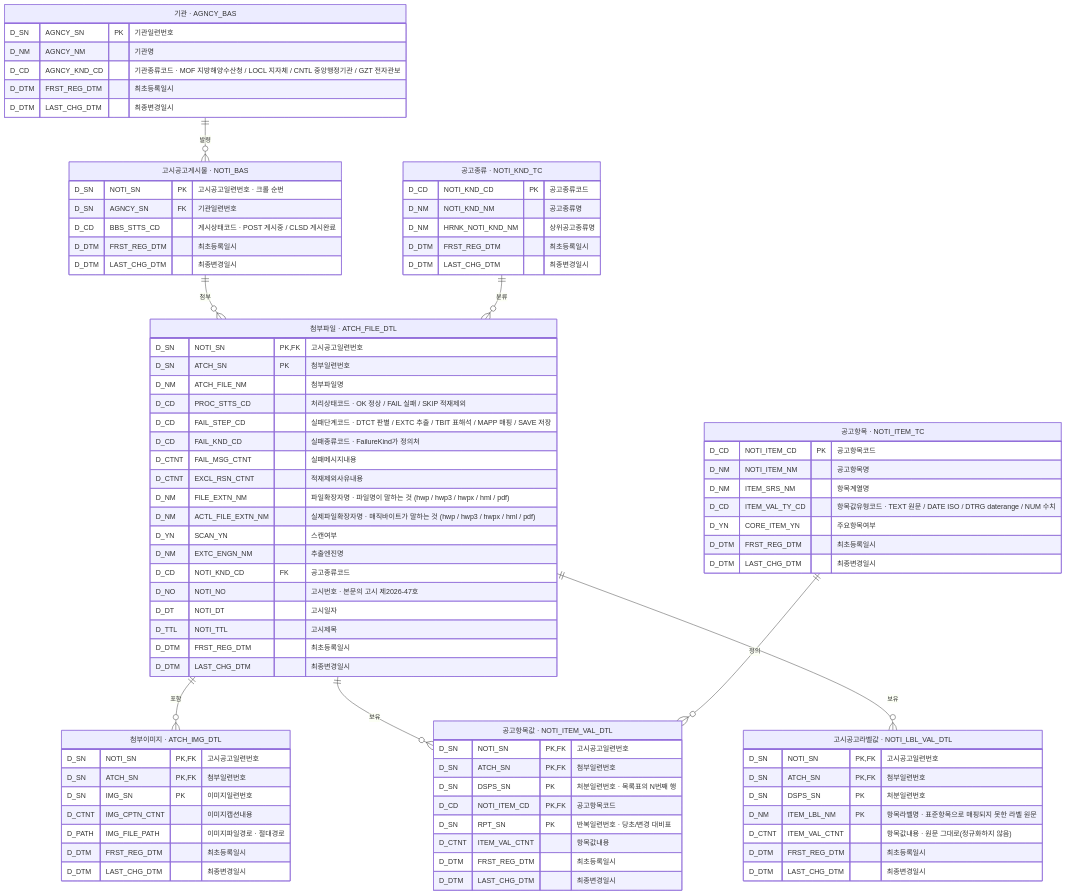
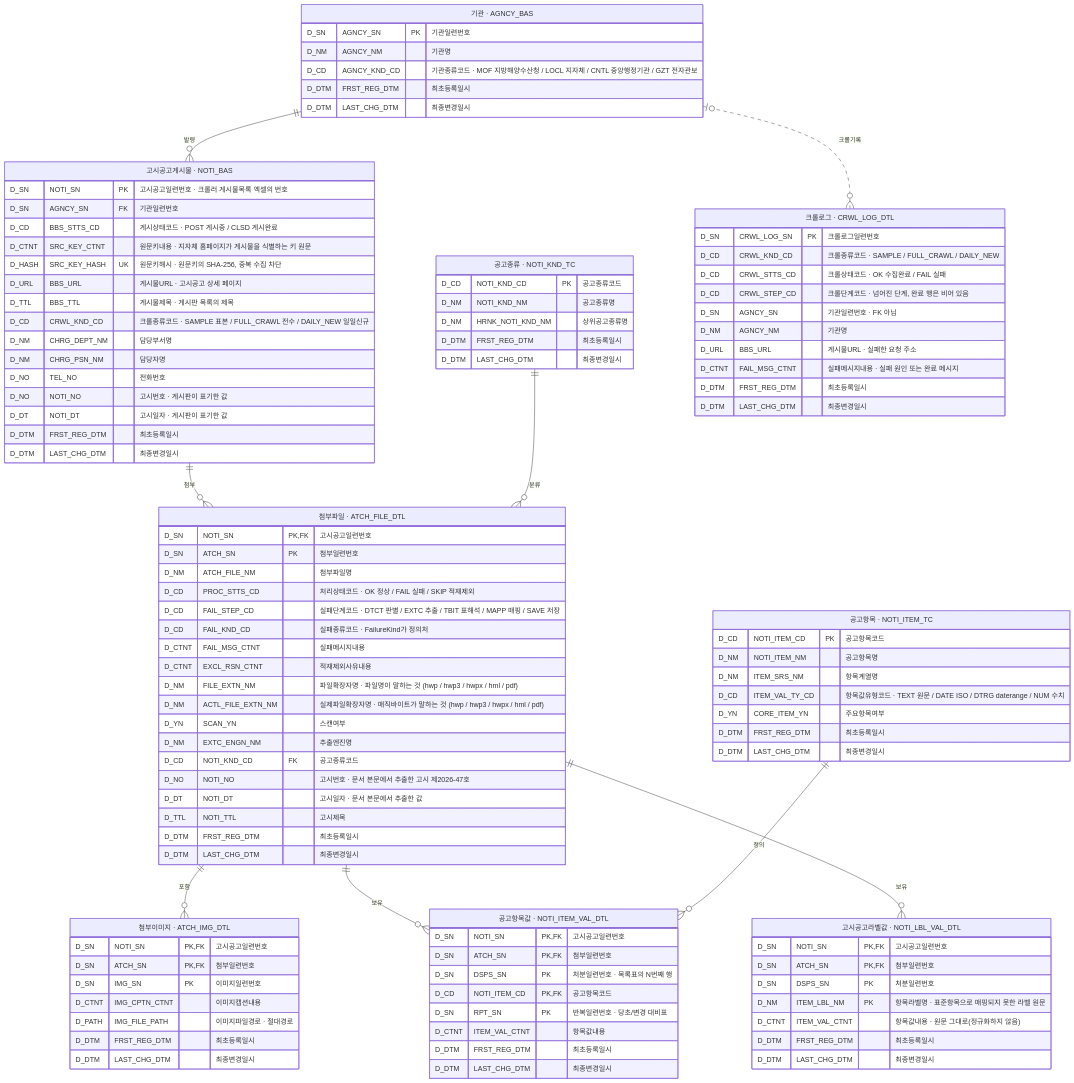
Before and after one commit to Team-All4Land/All4Land_java-pipeline: the diagram in README.md, drawn with Mermaid. The commit also changed other lines of this file and 5 other files, not shown here.

```diff
--- a/README.md
+++ b/README.md
@@ -291,6 +291,7 @@
     NOTI_KND_TC       ||--o{ ATCH_FILE_DTL     : "분류"
     NOTI_ITEM_TC      ||--o{ NOTI_ITEM_VAL_DTL : "정의"
     ATCH_FILE_DTL     ||--o{ NOTI_LBL_VAL_DTL  : "보유"
+    AGNCY_BAS         |o..o{ CRWL_LOG_DTL      : "크롤기록"
 
     AGNCY_BAS["기관 · AGNCY_BAS"] {
         D_SN   AGNCY_SN     PK "기관일련번호"
@@ -300,11 +301,33 @@
         D_DTM  LAST_CHG_DTM    "최종변경일시"
     }
     NOTI_BAS["고시공고게시물 · NOTI_BAS"] {
-        D_SN   NOTI_SN      PK "고시공고일련번호 · 크롤 순번"
+        D_SN   NOTI_SN      PK "고시공고일련번호 · 크롤러 게시물목록 엑셀의 번호"
         D_SN   AGNCY_SN     FK "기관일련번호"
         D_CD   BBS_STTS_CD     "게시상태코드 · POST 게시중 / CLSD 게시완료"
+        D_CTNT SRC_KEY_CTNT    "원문키내용 · 지자체 홈페이지가 게시물을 식별하는 키 원문"
+        D_HASH SRC_KEY_HASH UK "원문키해시 · 원문키의 SHA-256, 중복 수집 차단"
+        D_URL  BBS_URL         "게시물URL · 고시공고 상세 페이지"
+        D_TTL  BBS_TTL         "게시물제목 · 게시판 목록의 제목"
+        D_CD   CRWL_KND_CD     "크롤종류코드 · SAMPLE 표본 / FULL_CRAWL 전수 / DAILY_NEW 일일신규"
+        D_NM   CHRG_DEPT_NM    "담당부서명"
+        D_NM   CHRG_PSN_NM     "담당자명"
+        D_NO   TEL_NO          "전화번호"
+        D_NO   NOTI_NO         "고시번호 · 게시판이 표기한 값"
+        D_DT   NOTI_DT         "고시일자 · 게시판이 표기한 값"
         D_DTM  FRST_REG_DTM    "최초등록일시"
         D_DTM  LAST_CHG_DTM    "최종변경일시"
+    }
+    CRWL_LOG_DTL["크롤로그 · CRWL_LOG_DTL"] {
+        D_SN   CRWL_LOG_SN   PK "크롤로그일련번호"
+        D_CD   CRWL_KND_CD      "크롤종류코드 · SAMPLE / FULL_CRAWL / DAILY_NEW"
+        D_CD   CRWL_STTS_CD     "크롤상태코드 · OK 수집완료 / FAIL 실패"
+        D_CD   CRWL_STEP_CD     "크롤단계코드 · 넘어진 단계, 완료 행은 비어 있음"
+        D_SN   AGNCY_SN         "기관일련번호 · FK 아님"
+        D_NM   AGNCY_NM         "기관명"
+        D_URL  BBS_URL          "게시물URL · 실패한 요청 주소"
+        D_CTNT FAIL_MSG_CTNT    "실패메시지내용 · 실패 원인 또는 완료 메시지"
+        D_DTM  FRST_REG_DTM     "최초등록일시"
+        D_DTM  LAST_CHG_DTM     "최종변경일시"
     }
     ATCH_FILE_DTL["첨부파일 · ATCH_FILE_DTL"] {
         D_SN   NOTI_SN            PK,FK "고시공고일련번호"
@@ -320,8 +343,8 @@
         D_YN   SCAN_YN                  "스캔여부"
         D_NM   EXTC_ENGN_NM             "추출엔진명"
         D_CD   NOTI_KND_CD        FK    "공고종류코드"
-        D_NO   NOTI_NO                  "고시번호 · 본문의 고시 제2026-47호"
-        D_DT   NOTI_DT                  "고시일자"
+        D_NO   NOTI_NO                  "고시번호 · 문서 본문에서 추출한 고시 제2026-47호"
+        D_DT   NOTI_DT                  "고시일자 · 문서 본문에서 추출한 값"
         D_TTL  NOTI_TTL                 "고시제목"
         D_DTM  FRST_REG_DTM             "최초등록일시"
         D_DTM  LAST_CHG_DTM             "최종변경일시"
```
